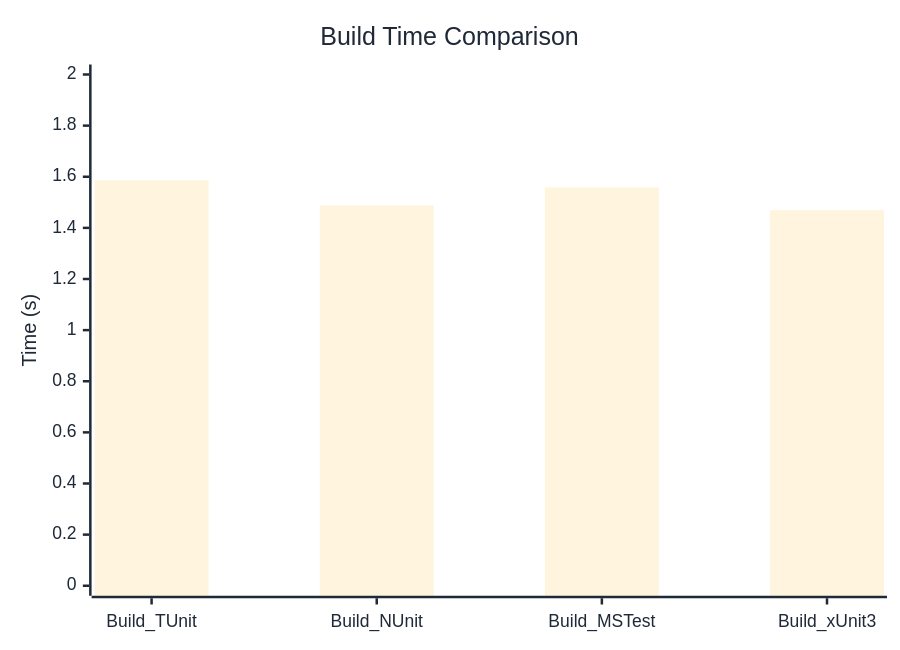
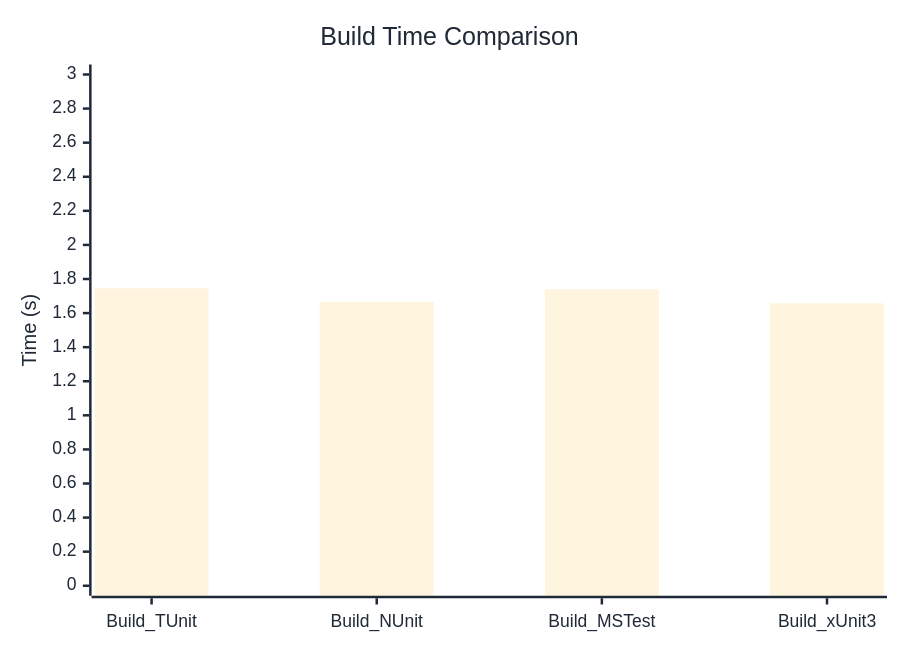
The diagram in docs/docs/benchmarks/BuildTime.md (thomhurst/TUnit), drawn with Mermaid before and after one commit. The commit also changed other lines of this file and 17 other files, not shown here.

````diff
--- a/docs/docs/benchmarks/BuildTime.md
+++ b/docs/docs/benchmarks/BuildTime.md
@@ -28,37 +28,37 @@
 ```mermaid
 %%{init: {
   'theme':'base',
   'themeVariables': {
     'primaryColor': '#2563eb',
     'primaryTextColor': '#1f2937',
     'primaryBorderColor': '#1e40af',
     'lineColor': '#6b7280',
     'secondaryColor': '#7c3aed',
     'tertiaryColor': '#dc2626',
     'background': '#ffffff',
     'mainBkg': '#2563eb',
     'secondBkg': '#7c3aed',
     'tertiaryBkg': '#dc2626',
     'clusterBkg': '#f3f4f6',
     'edgeLabelBackground': '#ffffff',
     'tertiaryTextColor': '#1f2937',
     'pie1': '#2563eb',
     'pie2': '#7c3aed',
     'pie3': '#dc2626',
     'pie4': '#f59e0b',
     'pie5': '#10b981',
     'pie6': '#06b6d4',
     'pie7': '#ec4899',
     'pie8': '#6366f1',
     'pie9': '#84cc16',
     'pie10': '#f97316',
     'pie11': '#14b8a6',
     'pie12': '#a855f7'
   }
 }}%%
 xychart-beta
   title "Build Time Comparison"
   x-axis ["Build_TUnit", "Build_NUnit", "Build_MSTest", "Build_xUnit3"]
-  y-axis "Time (s)" 0 --> 2
-  bar [1.586, 1.488, 1.559, 1.469]
+  y-axis "Time (s)" 0 --> 3
+  bar [1.745, 1.665, 1.74, 1.657]
 ```
````
